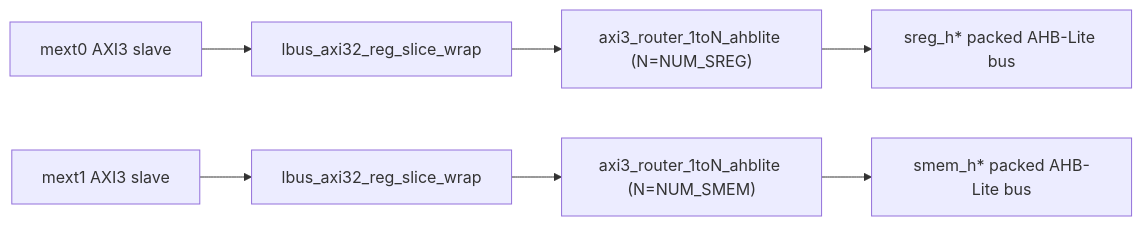
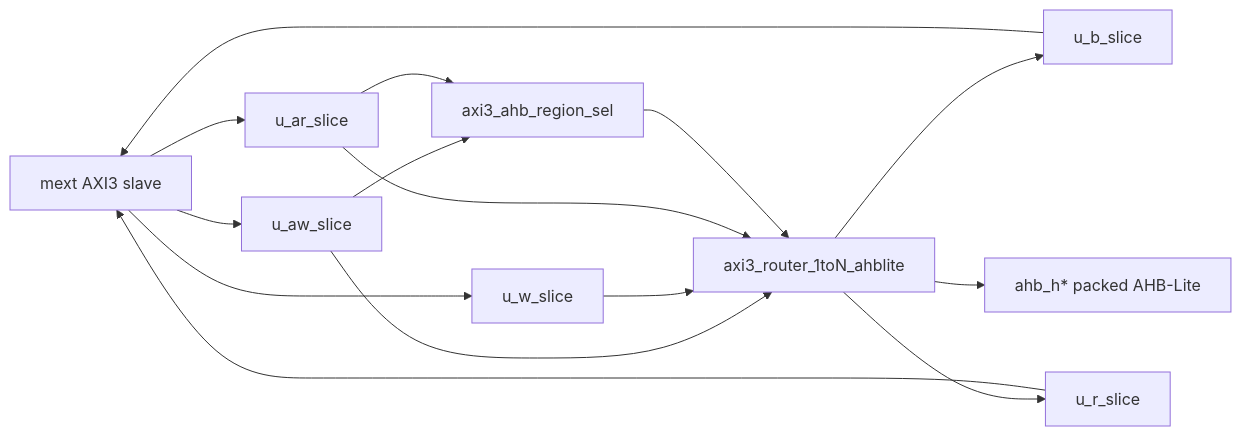
The diagram in rtl/lbus_plt.md (op21beyond/axi_utils), drawn with Mermaid before and after one commit. The commit also changed other lines of this file and 13 other files, not shown here.

````diff
--- a/rtl/lbus_plt.md
+++ b/rtl/lbus_plt.md
@@ -12,10 +10,17 @@
 ```mermaid
 flowchart LR
-    A0["mext0 AXI3 slave"] --> RS0["lbus_axi32_reg_slice_wrap"]
-    RS0 --> R0["axi3_router_1toN_ahblite (N=NUM_SREG)"]
-    R0 --> SREG["sreg_h* packed AHB-Lite bus"]
-
-    A1["mext1 AXI3 slave"] --> RS1["lbus_axi32_reg_slice_wrap"]
-    RS1 --> R1["axi3_router_1toN_ahblite (N=NUM_SMEM)"]
-    R1 --> SMEM["smem_h* packed AHB-Lite bus"]
+    MEXT["mext AXI3 slave"] --> AW["u_aw_slice"]
+    MEXT --> W["u_w_slice"]
+    MEXT --> AR["u_ar_slice"]
+  B["u_b_slice"] --> MEXT
+  R["u_r_slice"] --> MEXT
+    AW --> DEC["axi3_ahb_region_sel"]
+    AR --> DEC
+    AW --> RT["axi3_router_1toN_ahblite"]
+    W --> RT
+    AR --> RT
+    DEC --> RT
+    RT --> B
+    RT --> R
+    RT --> AHB["ahb_h* packed AHB-Lite"]
 ```
````
